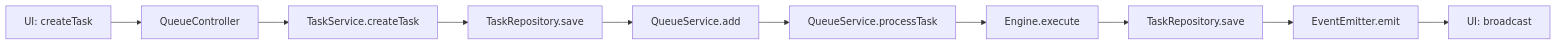
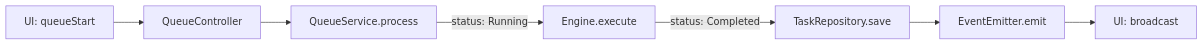
One commit to 2noScript/kernel-script changed the fourth of 12 diagrams in README.vi.md. Above: the diagram before and after it, drawn with Mermaid. The commit also changed other lines of this file and 9 other files, not shown here.

Commit message:
refactor: remove service callbacks from bootstrap and add native task cancellation support to QueueService

````diff
--- a/README.vi.md
+++ b/README.vi.md
@@ -133,12 +171,9 @@
 ```mermaid
 graph LR
-    A[UI: createTask] --> B[QueueController]
-    B --> C[TaskService.createTask]
-    C --> D[TaskRepository.save]
-    D --> E[QueueService.add]
-    E --> F[QueueService.processTask]
-    F --> G[Engine.execute]
-    G --> H[TaskRepository.save]
-    H --> I[EventEmitter.emit]
-    I --> J[UI: broadcast]
+    A[UI: queueStart] --> B[QueueController]
+    B --> C[QueueService.process]
+    C -->|status: Running| D[Engine.execute]
+    D -->|status: Completed| E[TaskRepository.save]
+    E --> F[EventEmitter.emit]
+    F --> G[UI: broadcast]
 ```
````
